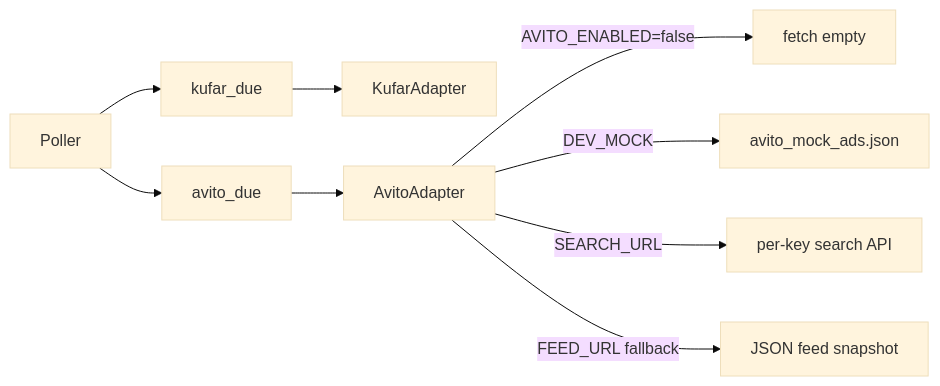
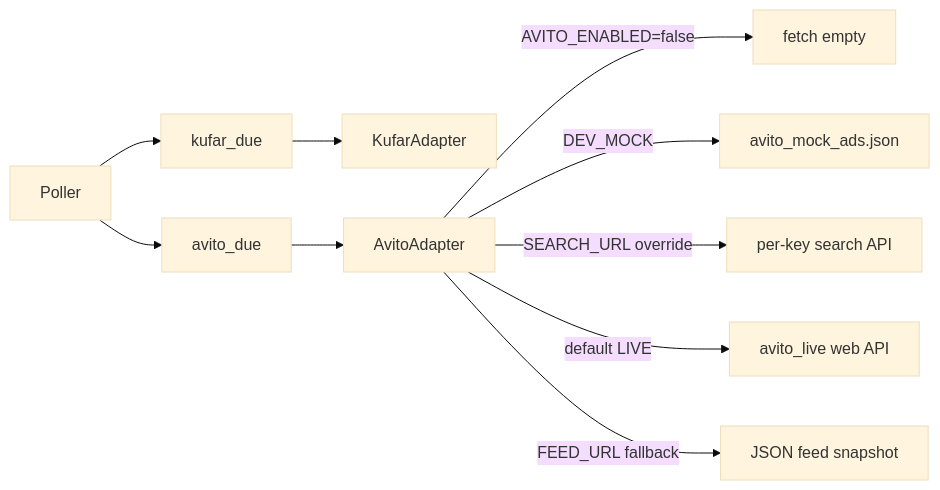
One commit to Drs1dead/parser-kufar changed the diagram in ARCHITECTURE.md. Above: the diagram before and after it, drawn with Mermaid (base theme). The commit also changed other lines of this file and 18 other files, not shown here.

First line of the commit message:
Enable built-in Avito live fetch and polish RU UX.

````diff
--- a/ARCHITECTURE.md
+++ b/ARCHITECTURE.md
@@ -55,11 +56,12 @@
 ```mermaid
 flowchart LR
   Poller --> KufarDispatch[kufar_due]
   Poller --> AvitoDispatch[avito_due]
   KufarDispatch --> KufarAdapter
   AvitoDispatch --> AvitoAdapter
   AvitoAdapter -->|"AVITO_ENABLED=false"| Empty[fetch empty]
   AvitoAdapter -->|"DEV_MOCK"| MockFile[avito_mock_ads.json]
-  AvitoAdapter -->|"SEARCH_URL"| Search[per-key search API]
+  AvitoAdapter -->|"SEARCH_URL override"| Search[per-key search API]
+  AvitoAdapter -->|"default LIVE"| Live[avito_live web API]
   AvitoAdapter -->|"FEED_URL fallback"| Feed[JSON feed snapshot]
 ```
````
